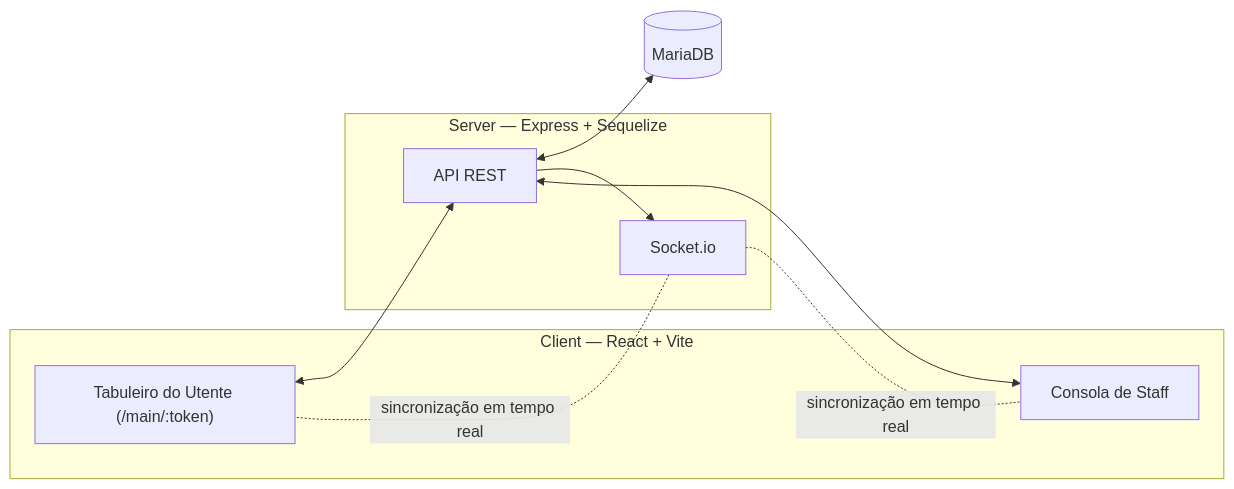
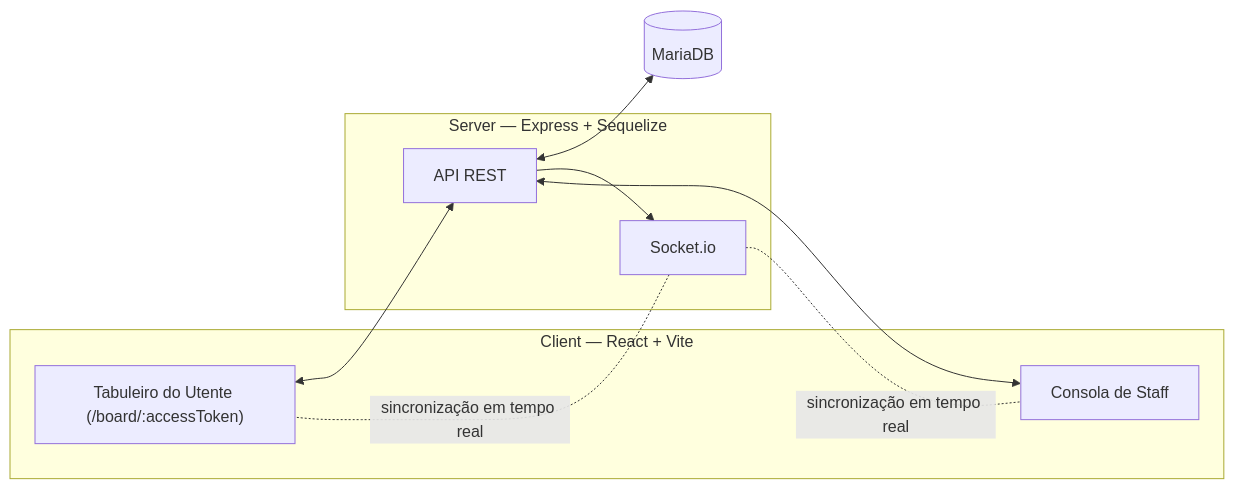
The diagram in README.pt.md (itsDavid08/InovLAR), drawn with Mermaid before and after one commit. The commit also changed other lines of this file and 6 other files, not shown here.

````diff
--- a/README.pt.md
+++ b/README.pt.md
@@ -38,19 +38,19 @@
 ```mermaid
 flowchart LR
     subgraph Client["Client — React + Vite"]
-        A["Tabuleiro do Utente (/main/:token)"]
+        A["Tabuleiro do Utente (/board/:accessToken)"]
         B["Consola de Staff"]
     end
     subgraph Server["Server — Express + Sequelize"]
         C["API REST"]
         D["Socket.io"]
     end
     E[("MariaDB")]
 
     A <--> C
     B <--> C
     C <--> E
     D -. sincronização em tempo real .- A
     D -. sincronização em tempo real .- B
     C --> D
 ```
````
